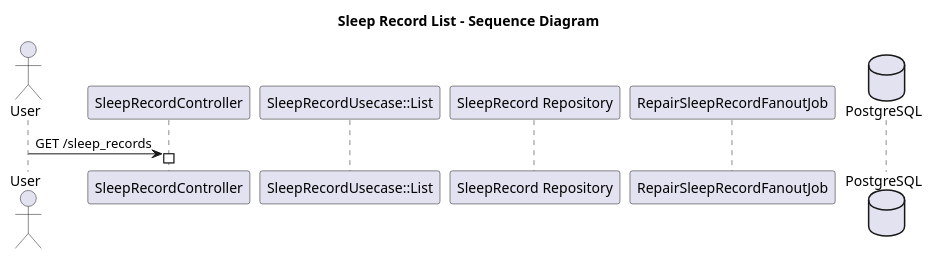
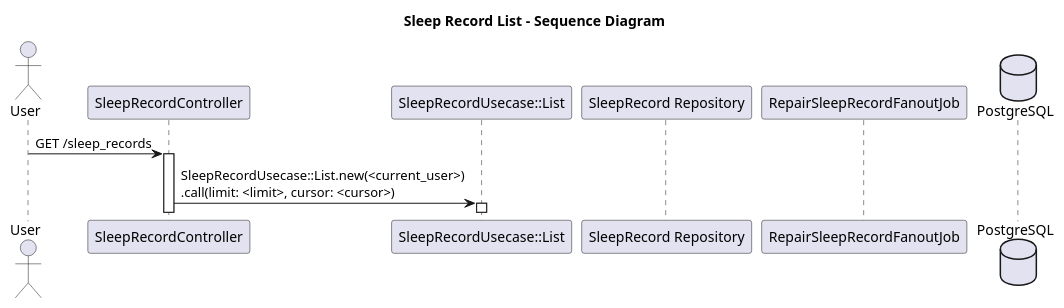
One commit to wisnuaga/good-night changed the diagram in docs/diagram/SleepRecordList.plantuml. Above: the diagram before and after it, drawn with PlantUML.

Commit message:
list: calling usecase

```diff
--- a/docs/diagram/SleepRecordList.plantuml
+++ b/docs/diagram/SleepRecordList.plantuml
@@ -1,15 +1,18 @@
 @startuml SleepRecordList
 title Sleep Record List - Sequence Diagram
 
 ' Define actors and components
 actor User
 participant "SleepRecordController" as Controller
 participant "SleepRecordUsecase::List" as Usecase
 participant "SleepRecord Repository" as SleepRecordRepository
 participant "RepairSleepRecordFanoutJob" as Job
 database "PostgreSQL" as DB
 
 User -> Controller: GET /sleep_records
 activate Controller
 
+Controller -> Usecase: SleepRecordUsecase::List.new(<current_user>)\n.call(limit: <limit>, cursor: <cursor>)
+activate Usecase
+
 @enduml
```
